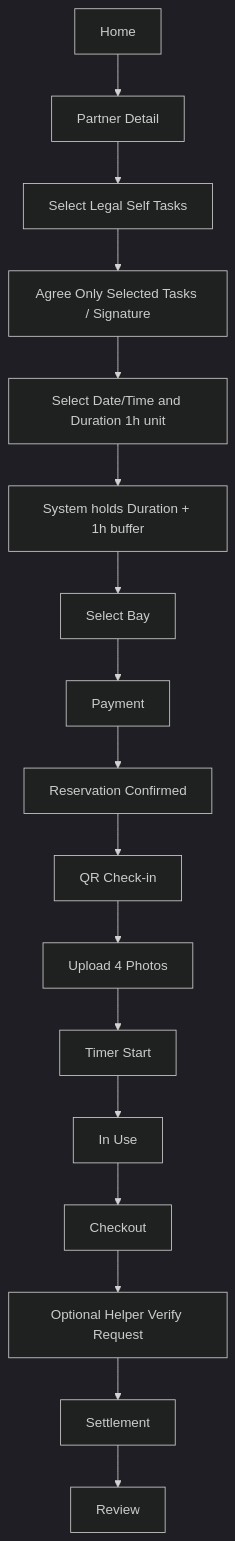
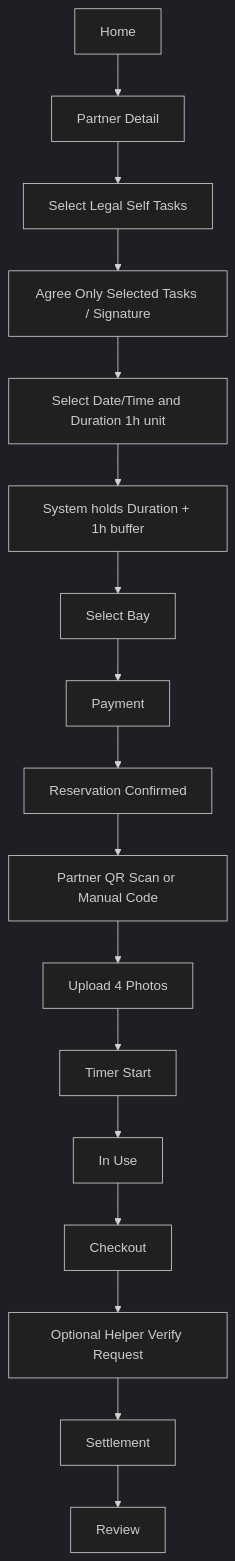
Before and after one commit to CWDll/pitNow: the first of 3 diagrams in docs/UserFlow_MVP.md, drawn with Mermaid (dark theme). The commit also changed other lines of this file and 28 other files, not shown here.

````diff
--- a/docs/UserFlow_MVP.md
+++ b/docs/UserFlow_MVP.md
@@ -5,19 +5,19 @@
 ```mermaid
 flowchart TD
 A[Home] --> B[Partner Detail]
 B --> C[Select Legal Self Tasks]
 C --> D[Agree Only Selected Tasks / Signature]
 D --> E[Select Date/Time and Duration 1h unit]
 E --> F[System holds Duration + 1h buffer]
 F --> G[Select Bay]
 G --> H[Payment]
 H --> I[Reservation Confirmed]
-I --> J[QR Check-in]
+I --> J[Partner QR Scan or Manual Code]
 J --> K[Upload 4 Photos]
 K --> L[Timer Start]
 L --> M[In Use]
 M --> N[Checkout]
 N --> O[Optional Helper Verify Request]
 O --> P[Settlement]
 P --> Q[Review]
 ```
````
